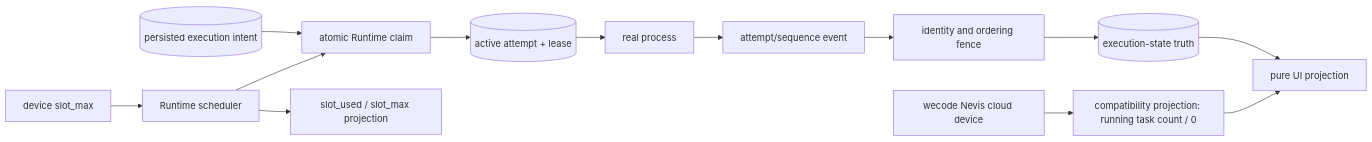
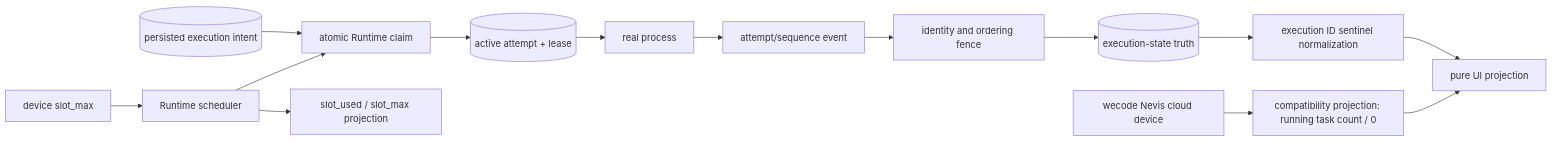
Before and after one commit to wecode-ai/Wegent: the first of 2 diagrams in docs/en/architecture/project-execution-state.md, drawn with Mermaid. The commit also changed other lines of this file and 17 other files, not shown here.

Commit message:
fix(backend): restore execution sentinel contract

````diff
--- a/docs/en/architecture/project-execution-state.md
+++ b/docs/en/architecture/project-execution-state.md
@@ -9,15 +9,17 @@
 ```mermaid
 flowchart LR
     INTENT[(persisted execution intent)] --> CLAIM[atomic Runtime claim]
     CLAIM --> ACTIVE[(active attempt + lease)]
     ACTIVE --> PROCESS[real process]
     PROCESS --> EVENT[attempt/sequence event]
     EVENT --> FENCE[identity and ordering fence]
     FENCE --> TRUTH[(execution-state truth)]
-    TRUTH --> VIEW[pure UI projection]
+    TRUTH --> NORMALIZE[execution ID sentinel normalization]
+    NORMALIZE --> VIEW
+    VIEW[pure UI projection]
     SETTINGS[device slot_max] --> SCHEDULER[Runtime scheduler]
     SCHEDULER --> CLAIM
     SCHEDULER --> CAPACITY[slot_used / slot_max projection]
     WECODE[wecode Nevis cloud device] --> LEGACY[compatibility projection: running task count / 0]
     LEGACY --> VIEW
 ```
````
